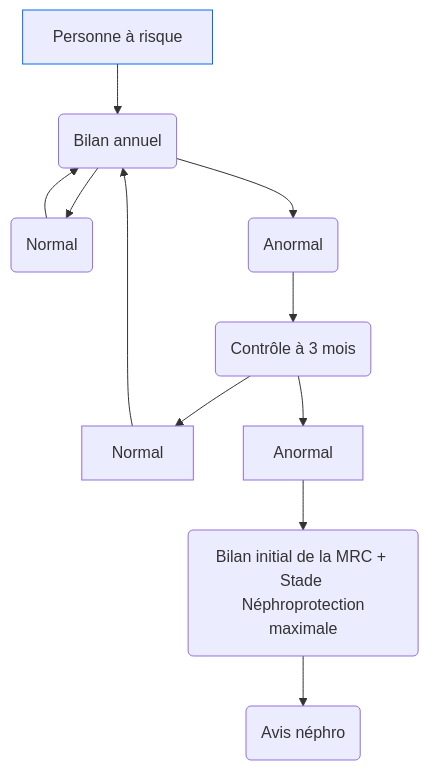
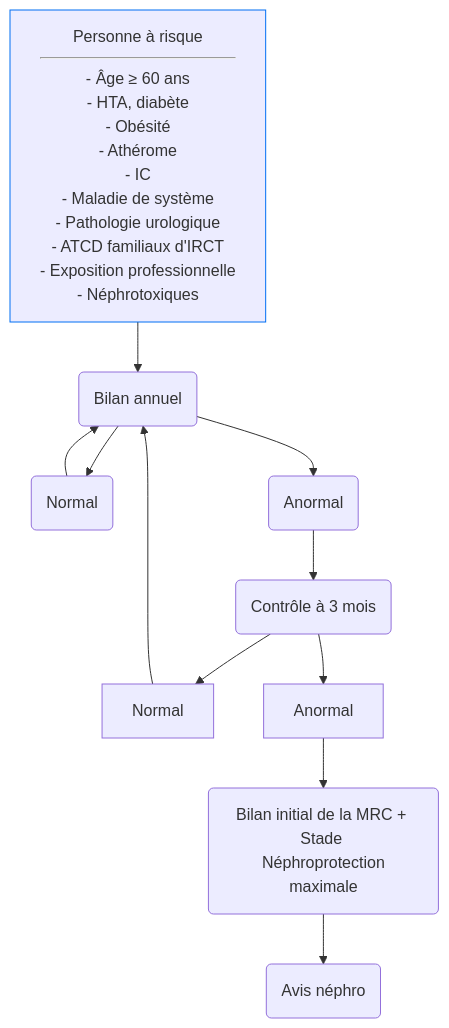
Before and after one commit to djibe/recommandations-medicales: the diagram in content/recommandations/insuffisance-renale-chronique.md, drawn with Mermaid. The commit also changed other lines of this file and 14 other files, not shown here.

```diff
--- a/content/recommandations/insuffisance-renale-chronique.md
+++ b/content/recommandations/insuffisance-renale-chronique.md
@@ -209,14 +208,14 @@
 {{< mermaid title="Conduite à tenir pour le dépistage de la maladie rénale chronique. Dr JB FRON d'après HAS 2012" >}}
 graph TB
-fdr[Personne à risque] --> 2(Bilan annuel)
+fdr["Personne à risque<hr>- Âge ≥ 60 ans<br>- HTA, diabète<br>- Obésité<br>- Athérome<br>- IC<br>- Maladie de système<br>- Pathologie urologique<br>- ATCD familiaux d'IRCT<br>- Exposition professionnelle<br>- Néphrotoxiques"] --> 2(Bilan annuel)
 style fdr stroke:#006ef4, stroke-width:1px
 2 --> 3N(Normal)
   3N --> 2
 2 --> 3A(Anormal)
 3A --> 4(Contrôle à 3 mois)
 4 --> Normal
   Normal --> 2
 4 --> Anormal
 Anormal --> bilan(Bilan initial de la MRC + Stade <br> Néphroprotection maximale)
 bilan --> 7(Avis néphro)
 {{< /mermaid >}}
```
